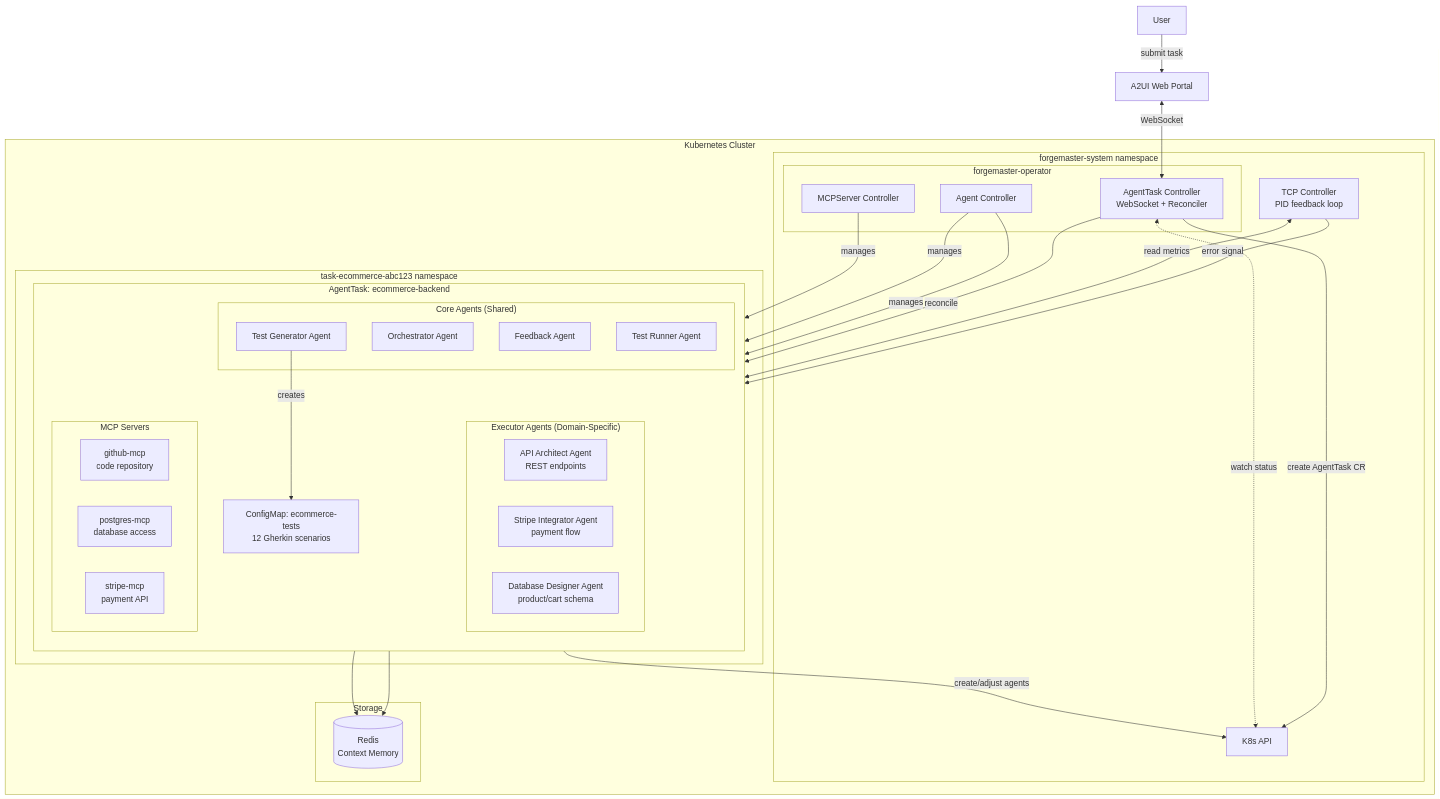
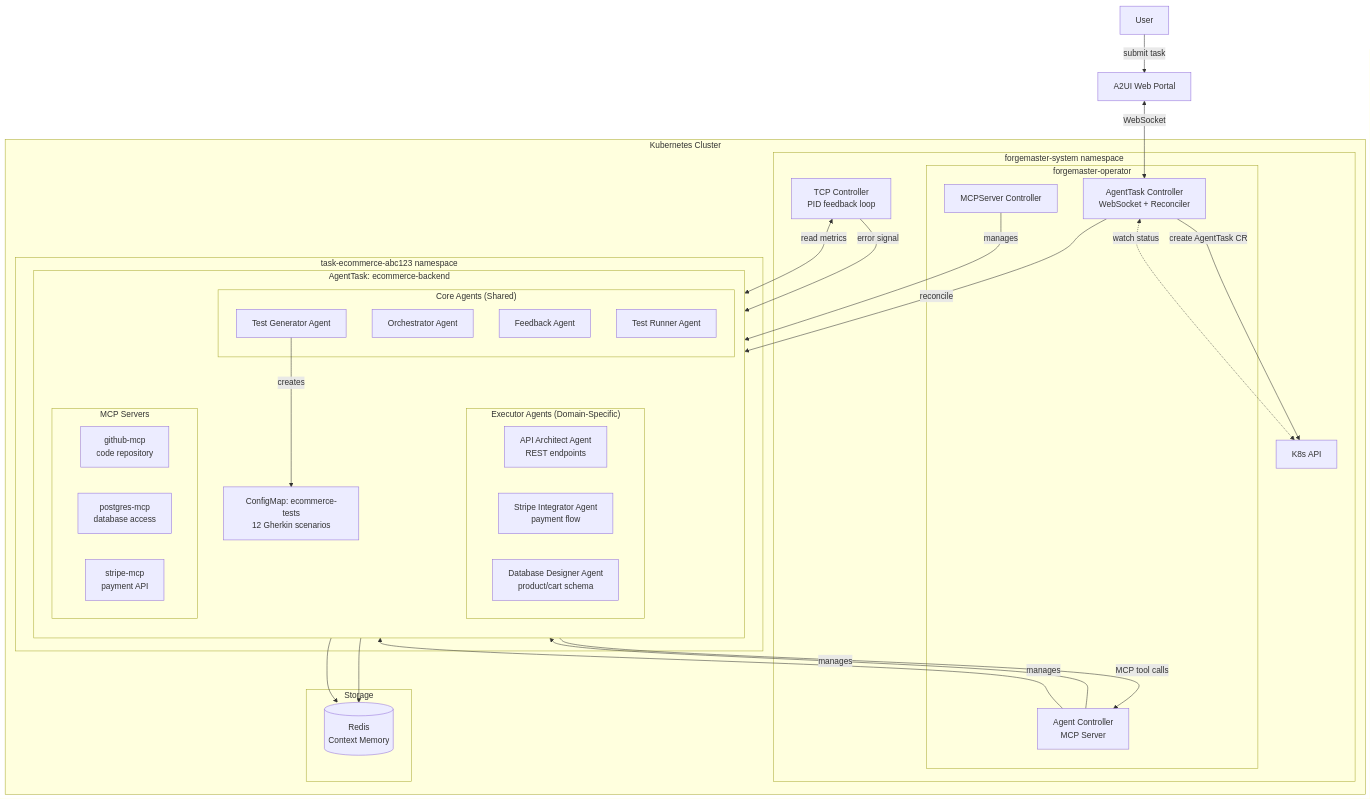
One commit to dshcherbatiuk/forgemaster changed the second of 4 diagrams in docs/arch/05-k8s-deployment.md. Above: the diagram before and after it, drawn with Mermaid. The commit also changed other lines of this file and 54 other files, not shown here.

````diff
--- a/docs/arch/05-k8s-deployment.md
+++ b/docs/arch/05-k8s-deployment.md
@@ -323,60 +323,60 @@
 ```mermaid
 flowchart TB
     U[User]
     WEB[A2UI Web Portal]
 
     subgraph Cluster["Kubernetes Cluster"]
         subgraph ControlPlane["forgemaster-system namespace"]
             API[K8s API]
             TCPC[TCP Controller<br/>PID feedback loop]
             subgraph Operator["forgemaster-operator"]
                 ATC[AgentTask Controller<br/>WebSocket + Reconciler]
-                AGC[Agent Controller]
+                AGC[Agent Controller<br/>MCP Server]
                 MCPC[MCPServer Controller]
             end
         end
 
         subgraph TaskNS["task-ecommerce-abc123 namespace"]
             subgraph Task1["AgentTask: ecommerce-backend"]
                 direction TB
                 subgraph CoreAgents["Core Agents (Shared)"]
                     TGA[Test Generator Agent]
                     OA[Orchestrator Agent]
                     FBA[Feedback Agent]
                     TRA[Test Runner Agent]
                 end
                 subgraph ExecutorAgents["Executor Agents (Domain-Specific)"]
                     AG1[API Architect Agent<br/>REST endpoints]
                     AG2[Stripe Integrator Agent<br/>payment flow]
                     AG3[Database Designer Agent<br/>product/cart schema]
                 end
                 subgraph MCPServers["MCP Servers"]
                     MCP1[github-mcp<br/>code repository]
                     MCP2[postgres-mcp<br/>database access]
                     MCP3[stripe-mcp<br/>payment API]
                 end
                 CM1["ConfigMap: ecommerce-tests<br/>12 Gherkin scenarios"]
             end
         end
 
         subgraph Storage["Storage"]
             Redis[(Redis<br/>Context Memory)]
         end
     end
 
     U -->|"submit task"| WEB
     WEB <-->|"WebSocket"| ATC
     ATC -->|"create AgentTask CR"| API
     ATC <-.->|"watch status"| API
 
     TCPC -->|"error signal"| OA
     TCPC <-->|"read metrics"| FBA
-    OA -->|"create/adjust agents"| API
+    OA -->|"MCP tool calls"| AGC
 
     ATC -->|"reconcile"| Task1
     AGC -->|"manages"| CoreAgents & ExecutorAgents
     MCPC -->|"manages"| MCPServers
     TGA -->|"creates"| CM1
 
     CoreAgents & ExecutorAgents --> Redis
 ```
````
